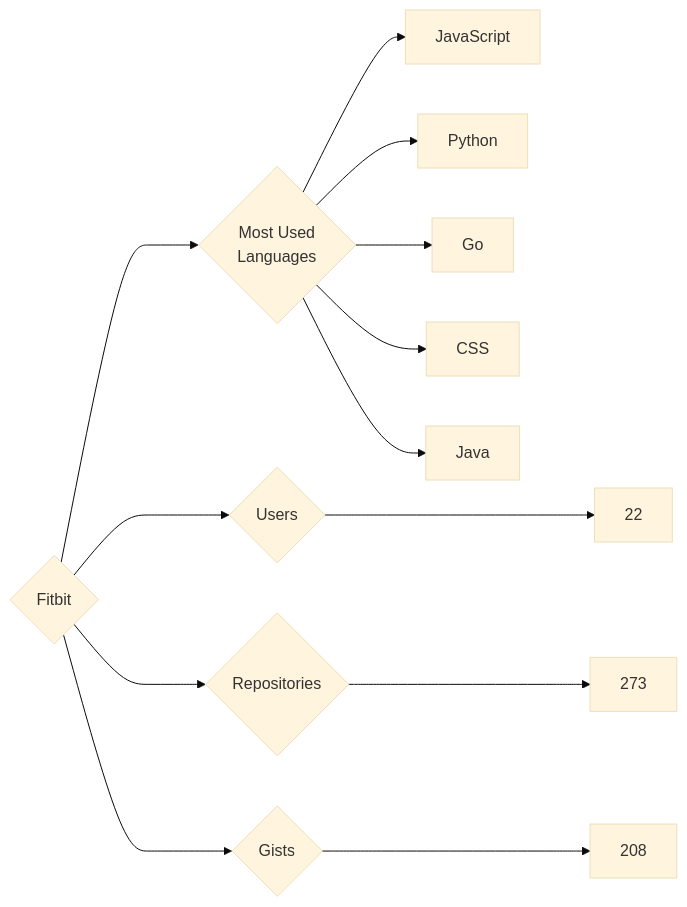
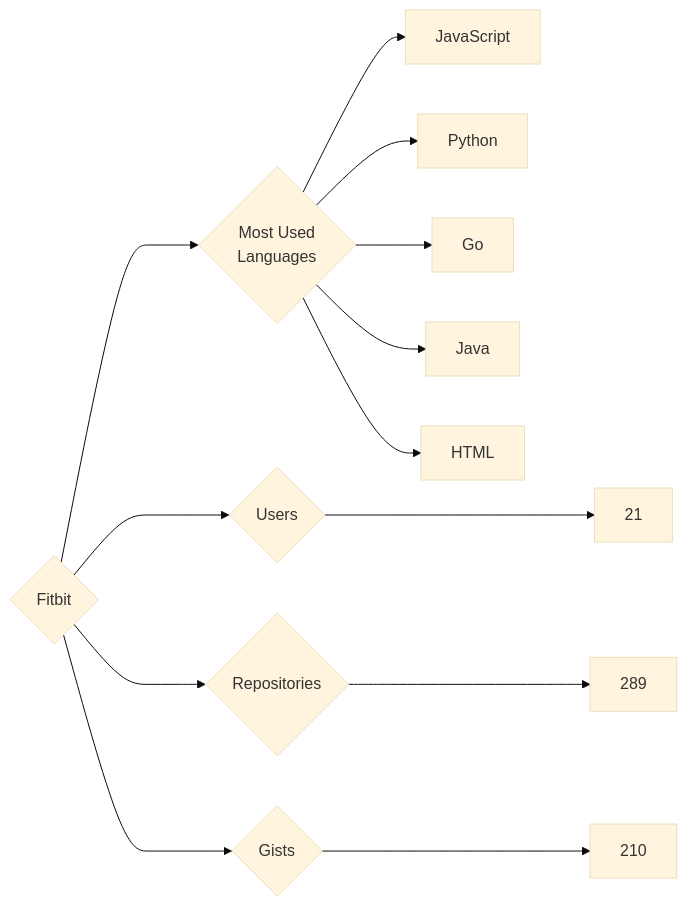
Before and after one commit to trickest/insiders: the diagram in targets/Fitbit/README.md, drawn with Mermaid (base theme). The commit also changed 935 other files, not shown here.

````diff
--- a/targets/Fitbit/README.md
+++ b/targets/Fitbit/README.md
@@ -3,13 +3,13 @@
 ```mermaid
 graph LR
 COMPANY_NAME{Fitbit}
-COMPANY_NAME ---> U{Users} ---> UN[22]
-COMPANY_NAME ---> R{Repositories} ---> RN[273]
-COMPANY_NAME ---> G{Gists} ---> GN[208]
+COMPANY_NAME ---> U{Users} ---> UN[21]
+COMPANY_NAME ---> R{Repositories} ---> RN[289]
+COMPANY_NAME ---> G{Gists} ---> GN[210]
 COMPANY_NAME ---> ML{Most Used<br>Languages}
 ML --> JavaScript[JavaScript]
 ML --> Python[Python]
 ML --> Go[Go]
-ML --> CSS[CSS]
 ML --> Java[Java]
+ML --> HTML[HTML]
 ```
````
